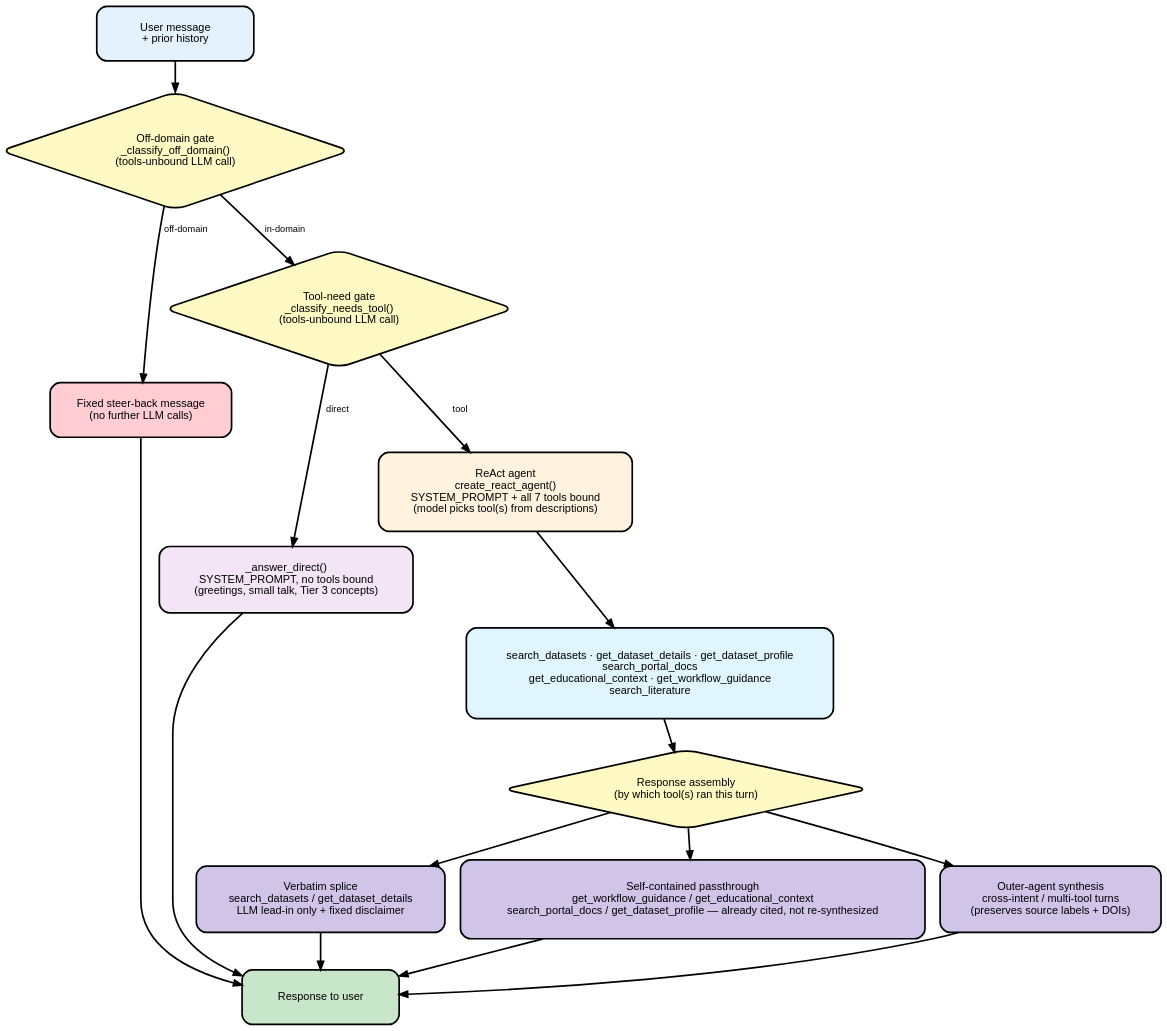
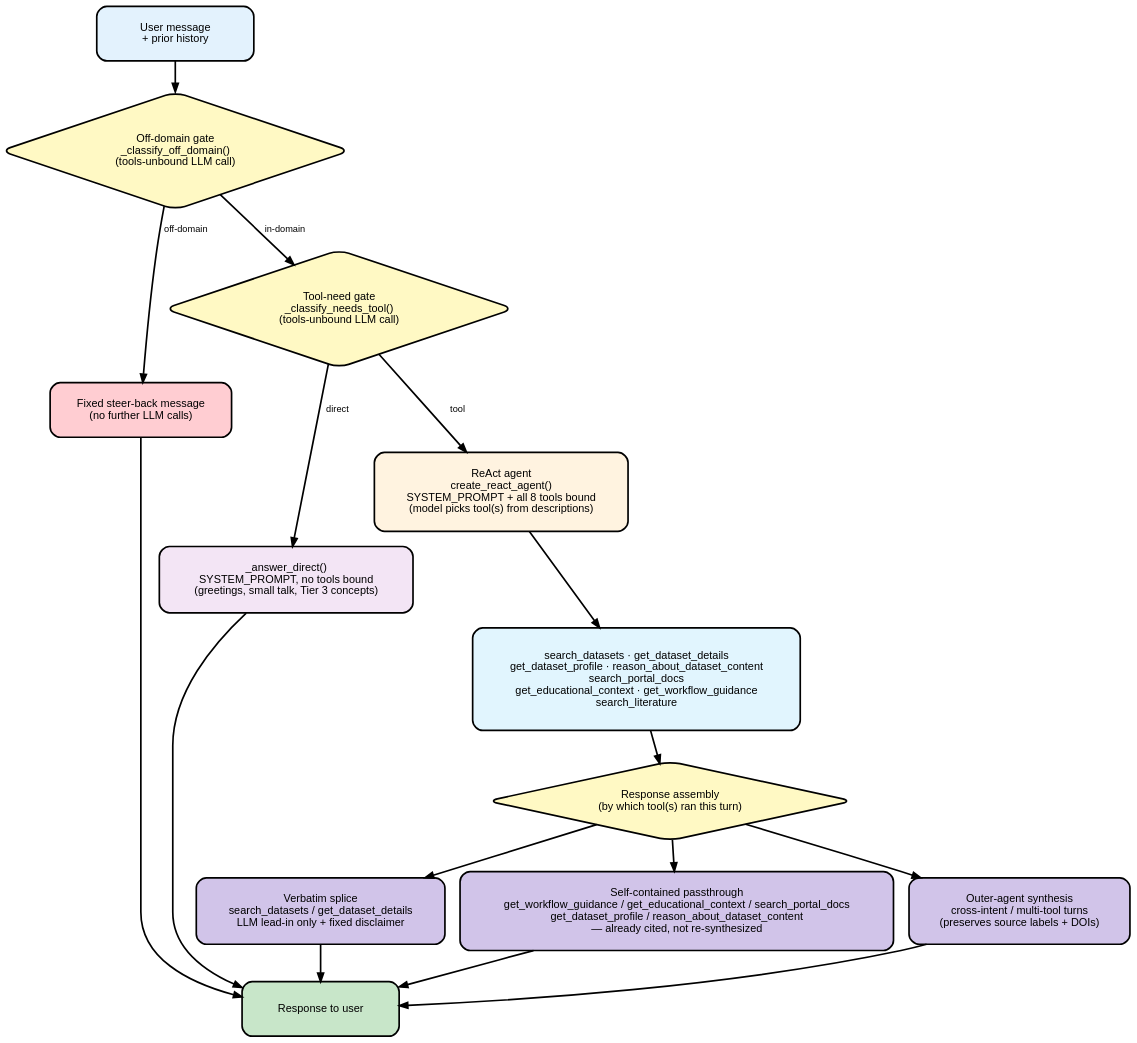
Before and after one commit to digital-porous-media/dpm_rocco_curator: the fourth of 4 diagrams in docs/developer_guide/architecture.rst, drawn with Graphviz. The commit also changed other lines of this file and 27 other files, not shown here.

Commit message:
Update docs and context files to reflect new dataset-detail behavior and architecture

```diff
--- a/docs/developer_guide/architecture.rst
+++ b/docs/developer_guide/architecture.rst
@@ -674,13 +674,13 @@
        ];
 
        REACT [
-           label="ReAct agent\ncreate_react_agent()\nSYSTEM_PROMPT + all 7 tools bound\n(model picks tool(s) from descriptions)",
+           label="ReAct agent\ncreate_react_agent()\nSYSTEM_PROMPT + all 8 tools bound\n(model picks tool(s) from descriptions)",
            fillcolor="#fff3e0", width=3.4, height=1.3
        ];
 
        TOOLS [
-           label="search_datasets · get_dataset_details · get_dataset_profile\nsearch_portal_docs\nget_educational_context · get_workflow_guidance\nsearch_literature",
-           fillcolor="#e1f5fe", width=3.8, height=1.5
+           label="search_datasets · get_dataset_details\nget_dataset_profile · reason_about_dataset_content\nsearch_portal_docs\nget_educational_context · get_workflow_guidance\nsearch_literature",
+           fillcolor="#e1f5fe", width=3.8, height=1.7
        ];
 
        ASSEMBLE [
@@ -694,7 +694,7 @@
        ];
 
        SELFCONTAINED [
-           label="Self-contained passthrough\nget_workflow_guidance / get_educational_context\nsearch_portal_docs / get_dataset_profile — already cited, not re-synthesized",
+           label="Self-contained passthrough\nget_workflow_guidance / get_educational_context / search_portal_docs\nget_dataset_profile / reason_about_dataset_content\n— already cited, not re-synthesized",
            fillcolor="#d1c4e9", width=3.6, height=1.3
        ];
 
```
